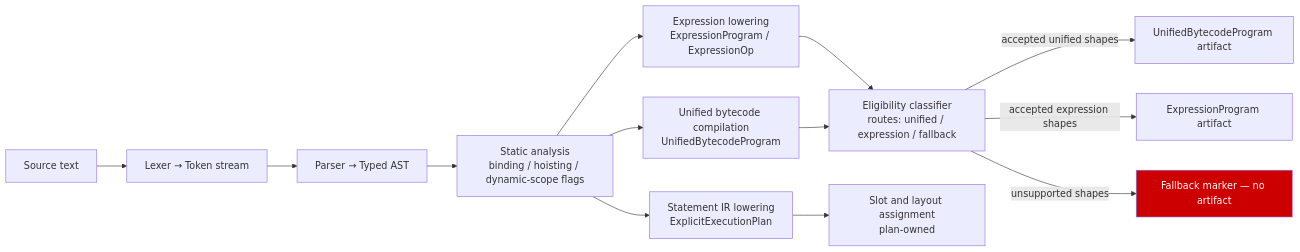
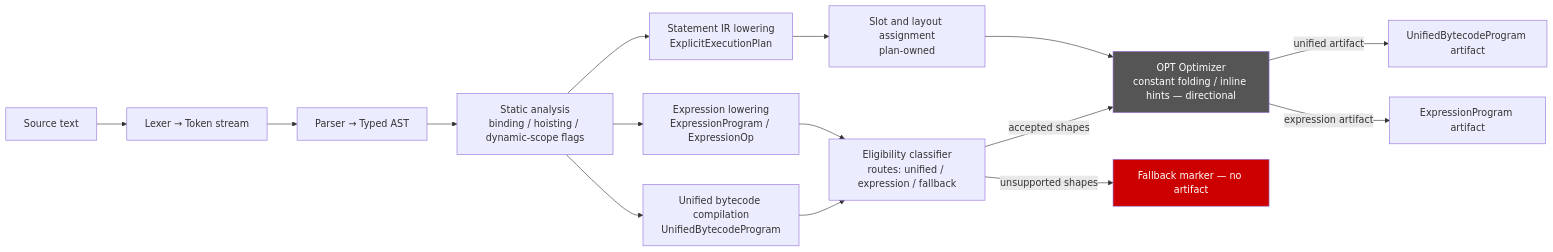
Before and after one commit to asynkron/Asynkron.JsEngine: the second of 17 diagrams in docs/dreaming.md, drawn with Mermaid. The commit also changed other lines of this file, not shown here.

First line of the commit message:
docs: add optimizer, tiered execution, GC model, dev tooling, and security sections to dreaming.md

````diff
--- a/docs/dreaming.md
+++ b/docs/dreaming.md
@@ -107,26 +107,30 @@
 ```mermaid
 flowchart LR
     SRC[Source text]
     LEX[Lexer → Token stream]
     PAR[Parser → Typed AST]
     ANA[Static analysis\nbinding / hoisting / dynamic-scope flags]
     SIR[Statement IR lowering\nExplicitExecutionPlan]
     ELW[Expression lowering\nExpressionProgram / ExpressionOp]
     UBC[Unified bytecode compilation\nUnifiedBytecodeProgram]
     ELC[Eligibility classifier\nroutes: unified / expression / fallback]
     SLT[Slot and layout assignment\nplan-owned]
+    OPT[OPT Optimizer\nconstant folding / inline hints — directional]
 
     SRC --> LEX --> PAR --> ANA
     ANA --> SIR
     ANA --> ELW
     ANA --> UBC
     SIR --> SLT
     ELW --> ELC
     UBC --> ELC
 
-    ELC -->|accepted unified shapes| UBP[UnifiedBytecodeProgram artifact]
-    ELC -->|accepted expression shapes| EXP[ExpressionProgram artifact]
+    SLT --> OPT
+    ELC -->|accepted shapes| OPT
+    OPT -->|unified artifact| UBP[UnifiedBytecodeProgram artifact]
+    OPT -->|expression artifact| EXP[ExpressionProgram artifact]
     ELC -->|unsupported shapes| FBK[Fallback marker — no artifact]
 
     style FBK fill:#c00,color:#fff
+    style OPT fill:#555,color:#fff
 ```
````
